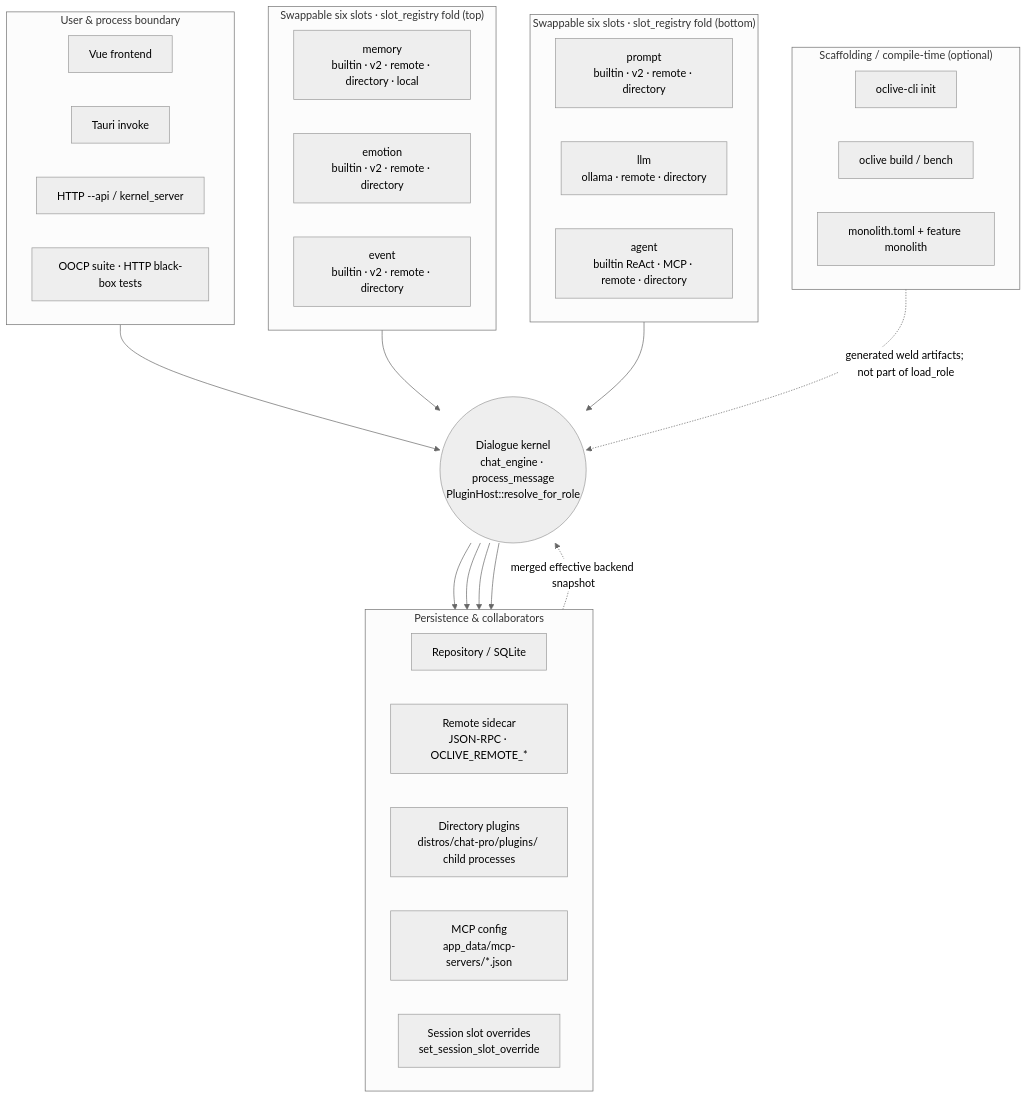
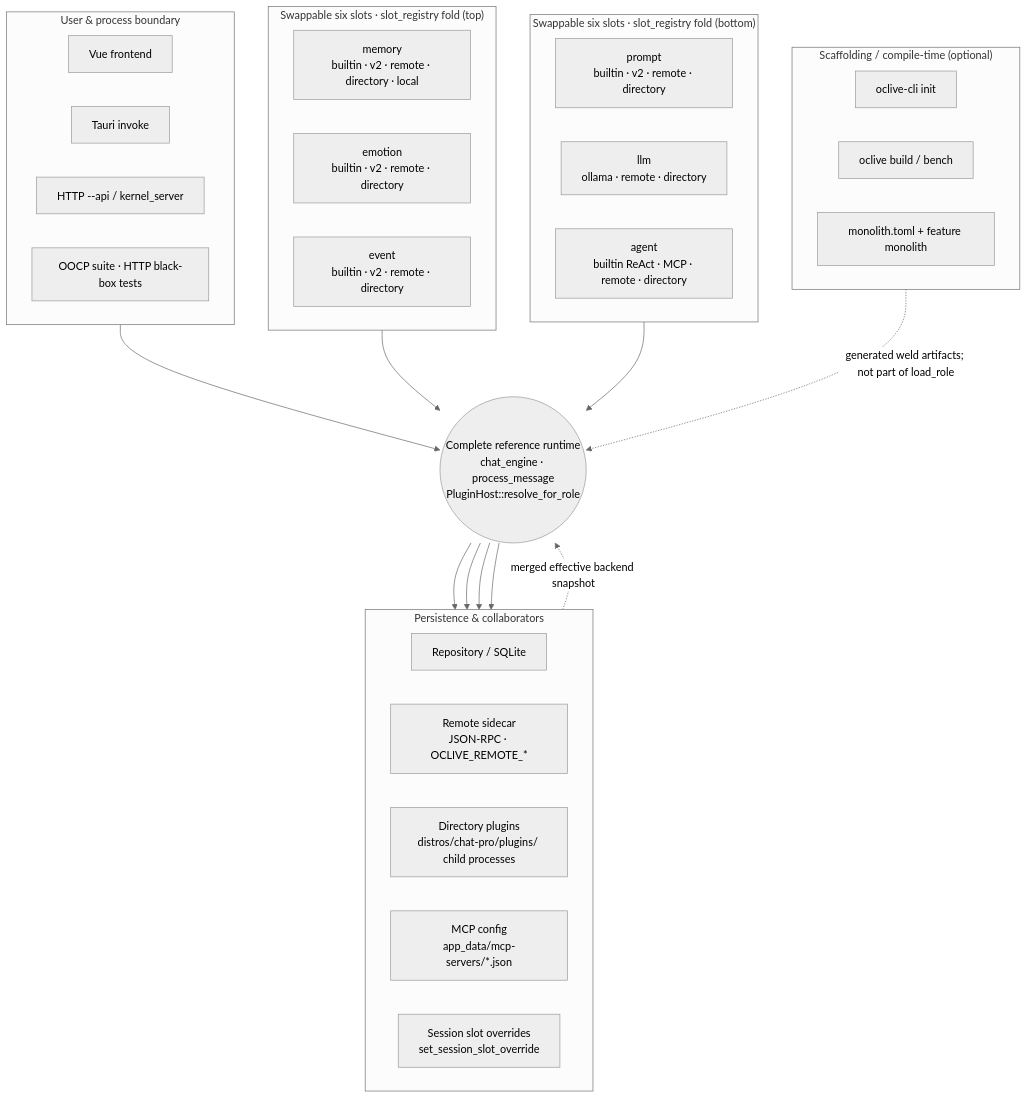
Before and after one commit to linkaiheng2233-cyber/oclivenewnew: the first of 2 diagrams in creator-docs-en/getting-started/KERNEL_AND_MODULES_ARCHITECTURE.md, drawn with Mermaid (neutral theme). The commit also changed other lines of this file and 231 other files, not shown here.

Commit message:
docs(architecture): align project around tool kernel

````diff
--- a/creator-docs-en/getting-started/KERNEL_AND_MODULES_ARCHITECTURE.md
+++ b/creator-docs-en/getting-started/KERNEL_AND_MODULES_ARCHITECTURE.md
@@ -17,52 +17,52 @@
 ```mermaid
 flowchart TB
   subgraph boundary["User & process boundary"]
     direction LR
     UI["Vue frontend"]
     TAURI["Tauri invoke"]
     API["HTTP --api / kernel_server"]
     OOCP["OOCP suite · HTTP black-box tests"]
   end
 
   subgraph six_top["Swappable six slots · slot_registry fold (top)"]
     direction LR
     M["memory<br/>builtin · v2 · remote · directory · local"]
     EM["emotion<br/>builtin · v2 · remote · directory"]
     EV["event<br/>builtin · v2 · remote · directory"]
   end
 
-  K(("Dialogue kernel<br/>chat_engine · process_message<br/>PluginHost::resolve_for_role"))
+  K(("Complete reference runtime<br/>chat_engine · process_message<br/>PluginHost::resolve_for_role"))
 
   subgraph six_bot["Swappable six slots · slot_registry fold (bottom)"]
     direction LR
     PR["prompt<br/>builtin · v2 · remote · directory"]
     LL["llm<br/>ollama · remote · directory"]
     AG["agent<br/>builtin ReAct · MCP · remote · directory"]
   end
 
   subgraph infra["Persistence & collaborators"]
     direction LR
     REPO["Repository / SQLite"]
     RMT["Remote sidecar<br/>JSON-RPC · OCLIVE_REMOTE_*"]
     DIR["Directory plugins<br/>distros/chat-pro/plugins/ child processes"]
     MCP["MCP config<br/>app_data/mcp-servers/*.json"]
     SESS["Session slot overrides<br/>set_session_slot_override"]
   end
 
   subgraph toolchain["Scaffolding / compile-time (optional)"]
     direction LR
     OCLI["oclive-cli init"]
     BUILD["oclive build / bench"]
     MONO["monolith.toml + feature monolith"]
   end
 
   boundary --> K
   six_top --> K
   six_bot --> K
   K --> REPO
   K --> RMT
   K --> DIR
   K --> MCP
   SESS -.->|merged effective backend snapshot| K
   toolchain -.->|generated weld artifacts; not part of load_role| K
 ```
````
